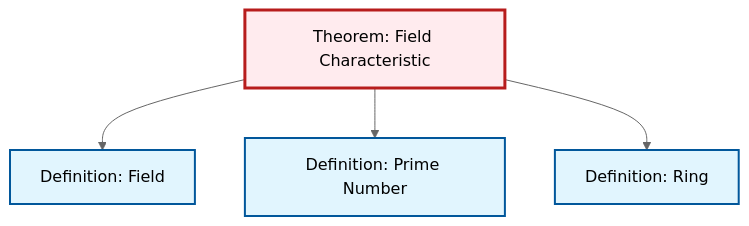
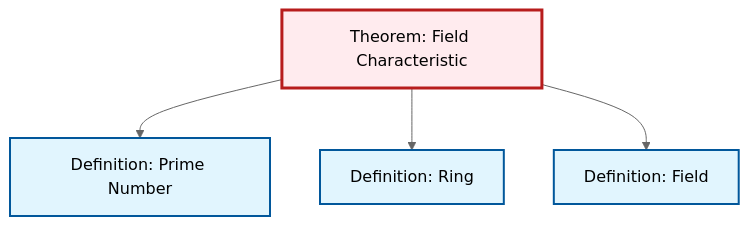
One commit to RK0429/ModernMath changed the diagram in content/en/algebra/thm-field-characteristic.qmd. Above: the diagram before and after it, drawn with Mermaid (neutral theme). The commit also changed other lines of this file and 360 other files, not shown here.

````diff
--- a/content/en/algebra/thm-field-characteristic.qmd
+++ b/content/en/algebra/thm-field-characteristic.qmd
@@ -53,20 +53,20 @@
 ```{mermaid}
 %%| fig-cap: "Local dependency graph"
 graph TD
     classDef definition fill:#e1f5fe,stroke:#01579b,stroke-width:2px
     classDef theorem fill:#f3e5f5,stroke:#4a148c,stroke-width:2px
     classDef axiom fill:#fff3e0,stroke:#e65100,stroke-width:2px
     classDef example fill:#e8f5e9,stroke:#1b5e20,stroke-width:2px
     classDef current fill:#ffebee,stroke:#b71c1c,stroke-width:3px
-    thm-field-characteristic["Theorem: Field Characteristic"]:::theorem
-    def-field["Definition: Field"]:::definition
     def-ring["Definition: Ring"]:::definition
     def-prime["Definition: Prime Number"]:::definition
-    thm-field-characteristic --> def-field
+    def-field["Definition: Field"]:::definition
+    thm-field-characteristic["Theorem: Field Characteristic"]:::theorem
     thm-field-characteristic --> def-prime
     thm-field-characteristic --> def-ring
+    thm-field-characteristic --> def-field
     class thm-field-characteristic current
-    click def-field "def-field.html" "Go to Field definition"
     click def-ring "def-ring.html" "Go to Ring definition"
     click def-prime "def-prime.html" "Go to Prime Number definition"
+    click def-field "def-field.html" "Go to Field definition"
 ```
````
